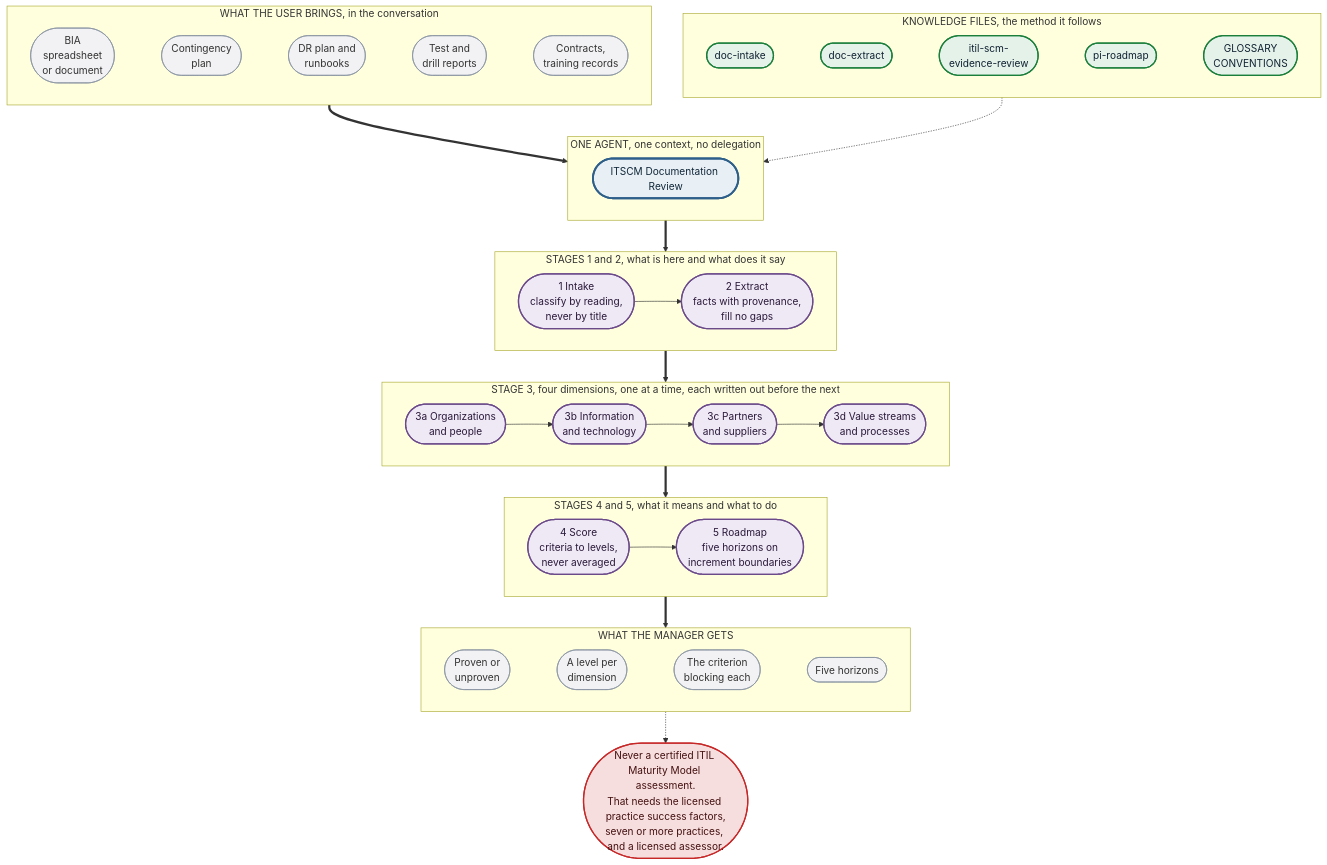
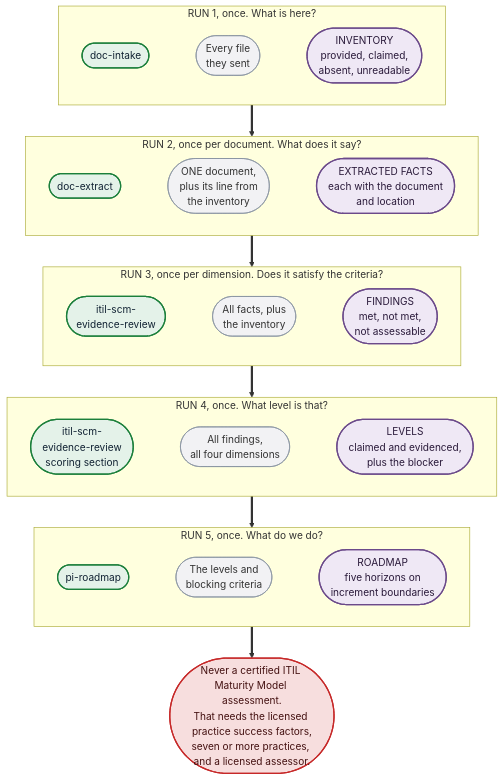
Before and after one commit to opscontinuum/itscm-skills: the second of 2 diagrams in vertexai/FLOWCHART.md, drawn with Mermaid. The commit also changed other lines of this file and 1 other file, not shown here.

````diff
--- a/vertexai/FLOWCHART.md
+++ b/vertexai/FLOWCHART.md
@@ -10,56 +33,41 @@
 ```mermaid
 flowchart TD
-    classDef agent fill:#e8eff5,stroke:#2d5f8a,stroke-width:3px,color:#12283a
-    classDef know fill:#e4f2e9,stroke:#1b7f3b,stroke-width:2px,color:#123
-    classDef stage fill:#efe8f5,stroke:#6b4a8a,stroke-width:2px,color:#2a1a3a
-    classDef io fill:#f2f2f4,stroke:#8791a0,stroke-width:1px,color:#333
+    classDef skill fill:#e4f2e9,stroke:#1b7f3b,stroke-width:2px,color:#123
+    classDef doc fill:#f2f2f4,stroke:#8791a0,stroke-width:1px,color:#333
+    classDef out fill:#efe8f5,stroke:#6b4a8a,stroke-width:2px,color:#2a1a3a
     classDef warn fill:#f7dede,stroke:#c62828,stroke-width:2px,color:#411
 
-    subgraph IN["WHAT THE USER BRINGS, in the conversation"]
+    subgraph R1["RUN 1, once. What is here?"]
         direction LR
-        D1(["BIA<br/>spreadsheet<br/>or document"]) ~~~ D2(["Contingency<br/>plan"]) ~~~ D3(["DR plan and<br/>runbooks"]) ~~~ D4(["Test and<br/>drill reports"]) ~~~ D5(["Contracts,<br/>training records"])
+        S1(["doc-intake"]) ~~~ I1(["Every file<br/>they sent"]) ~~~ O1(["INVENTORY<br/>provided, claimed,<br/>absent, unreadable"])
     end
 
-    subgraph AG["ONE AGENT, one context, no delegation"]
+    subgraph R2["RUN 2, once per document. What does it say?"]
         direction LR
-        A(["ITSCM Documentation Review"])
+        S2(["doc-extract"]) ~~~ I2(["ONE document,<br/>plus its line from<br/>the inventory"]) ~~~ O2(["EXTRACTED FACTS<br/>each with the document<br/>and location"])
     end
 
-    subgraph KN["KNOWLEDGE FILES, the method it follows"]
+    subgraph R3["RUN 3, once per dimension. Does it satisfy the criteria?"]
         direction LR
-        K1(["doc-intake"]) ~~~ K2(["doc-extract"]) ~~~ K3(["itil-scm-<br/>evidence-review"]) ~~~ K4(["pi-roadmap"]) ~~~ K5(["GLOSSARY<br/>CONVENTIONS"])
+        S3(["itil-scm-<br/>evidence-review"]) ~~~ I3(["All facts, plus<br/>the inventory"]) ~~~ O3(["FINDINGS<br/>met, not met,<br/>not assessable"])
     end
 
-    subgraph P1["STAGES 1 and 2, what is here and what does it say"]
+    subgraph R4["RUN 4, once. What level is that?"]
         direction LR
-        S1(["1 Intake<br/>classify by reading,<br/>never by title"]) --> S2(["2 Extract<br/>facts with provenance,<br/>fill no gaps"])
+        S4(["itil-scm-<br/>evidence-review<br/>scoring section"]) ~~~ I4(["All findings,<br/>all four dimensions"]) ~~~ O4(["LEVELS<br/>claimed and evidenced,<br/>plus the blocker"])
     end
 
-    subgraph P3["STAGE 3, four dimensions, one at a time, each written out before the next"]
+    subgraph R5["RUN 5, once. What do we do?"]
         direction LR
-        E1(["3a Organizations<br/>and people"]) --> E2(["3b Information<br/>and technology"]) --> E3(["3c Partners<br/>and suppliers"]) --> E4(["3d Value streams<br/>and processes"])
-    end
-
-    subgraph P4["STAGES 4 and 5, what it means and what to do"]
-        direction LR
-        S4(["4 Score<br/>criteria to levels,<br/>never averaged"]) --> S5(["5 Roadmap<br/>five horizons on<br/>increment boundaries"])
-    end
-
-    subgraph OUT["WHAT THE MANAGER GETS"]
-        direction LR
-        O1(["Proven or<br/>unproven"]) ~~~ O2(["A level per<br/>dimension"]) ~~~ O3(["The criterion<br/>blocking each"]) ~~~ O4(["Five horizons"])
+        S5(["pi-roadmap"]) ~~~ I5(["The levels and<br/>blocking criteria"]) ~~~ O5(["ROADMAP<br/>five horizons on<br/>increment boundaries"])
     end
 
     NOPE(["Never a certified ITIL Maturity Model assessment.<br/>That needs the licensed practice success factors,<br/>seven or more practices, and a licensed assessor."])
 
-    IN ==> AG
-    KN -.-> AG
-    AG ==> P1 ==> P3 ==> P4 ==> OUT
-    OUT -.-> NOPE
+    R1 ==> R2 ==> R3 ==> R4 ==> R5 ==> NOPE
 
-    class A agent
-    class K1,K2,K3,K4,K5 know
-    class S1,S2,E1,E2,E3,E4,S4,S5 stage
-    class D1,D2,D3,D4,D5,O1,O2,O3,O4 io
+    class S1,S2,S3,S4,S5 skill
+    class I1,I2,I3,I4,I5 doc
+    class O1,O2,O3,O4,O5 out
     class NOPE warn
 ```
````
